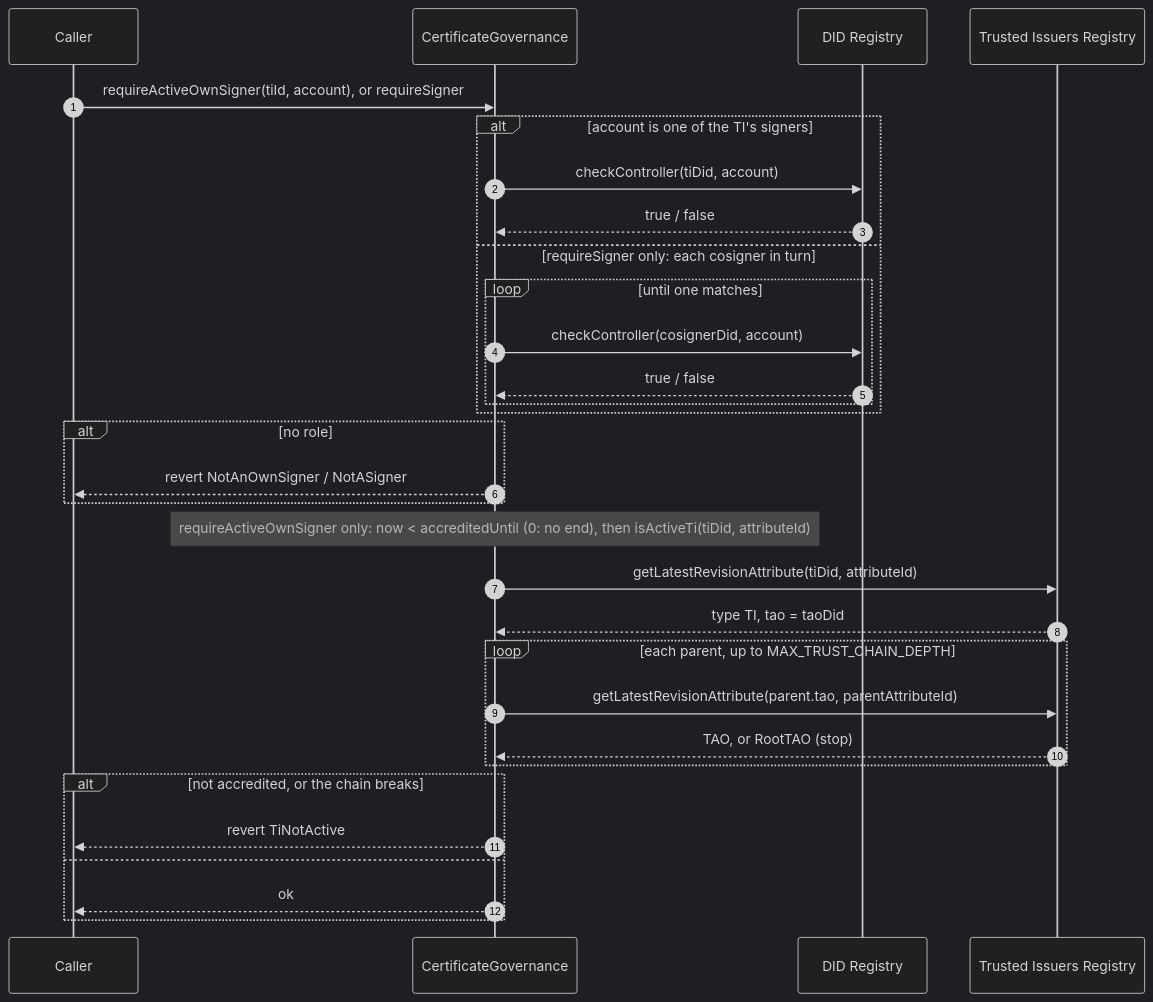
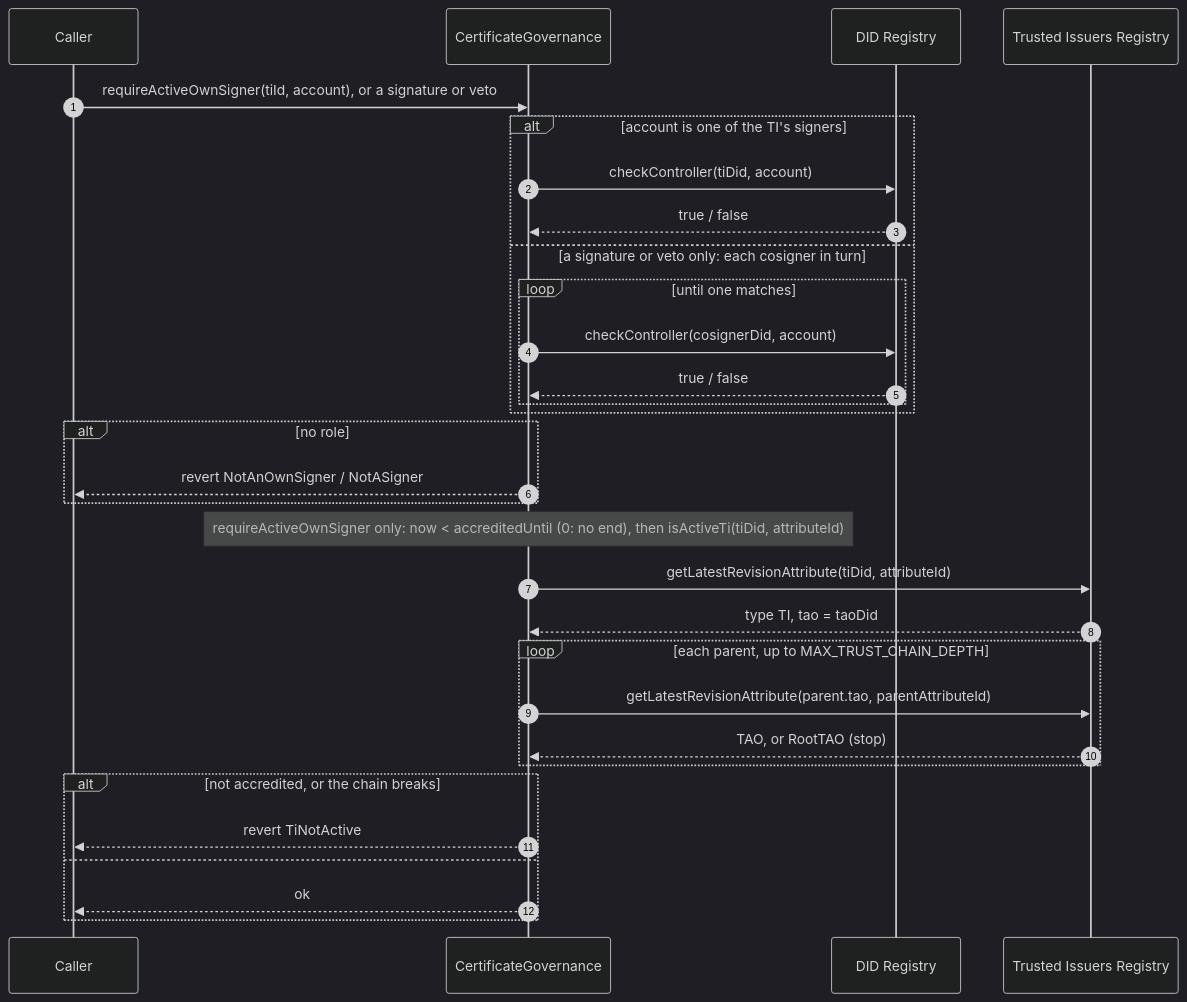
The first of 9 diagrams in contracts/docs/sequence-diagrams.md (fiit-ba/ebsi-licences-for-cybersecurity-managers), drawn with Mermaid (dark theme) before and after one commit. The commit also changed other lines of this file and 32 other files, not shown here.

````diff
--- a/contracts/docs/sequence-diagrams.md
+++ b/contracts/docs/sequence-diagrams.md
@@ -40,34 +40,34 @@
 ```mermaid
 sequenceDiagram
     autonumber
     participant C as Caller
     participant G as CertificateGovernance
     participant D as DID Registry
     participant T as Trusted Issuers Registry
 
-    C->>G: requireActiveOwnSigner(tiId, account), or requireSigner
+    C->>G: requireActiveOwnSigner(tiId, account), or a signature or veto
     alt account is one of the TI's signers
         G->>D: checkController(tiDid, account)
         D-->>G: true / false
-    else requireSigner only: each cosigner in turn
+    else a signature or veto only: each cosigner in turn
         loop until one matches
             G->>D: checkController(cosignerDid, account)
             D-->>G: true / false
         end
     end
     alt no role
         G-->>C: revert NotAnOwnSigner / NotASigner
     end
     Note over G: requireActiveOwnSigner only: now < accreditedUntil (0: no end), then isActiveTi(tiDid, attributeId)
     G->>T: getLatestRevisionAttribute(tiDid, attributeId)
     T-->>G: type TI, tao = taoDid
     loop each parent, up to MAX_TRUST_CHAIN_DEPTH
         G->>T: getLatestRevisionAttribute(parent.tao, parentAttributeId)
         T-->>G: TAO, or RootTAO (stop)
     end
     alt not accredited, or the chain breaks
         G-->>C: revert TiNotActive
     else
         G-->>C: ok
     end
 ```
````
